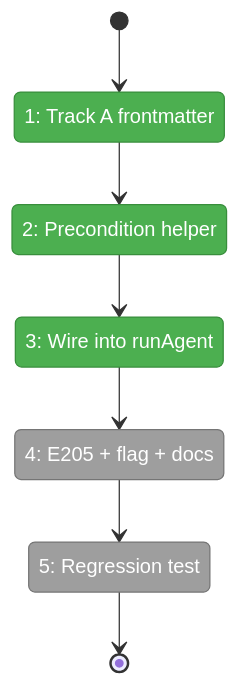
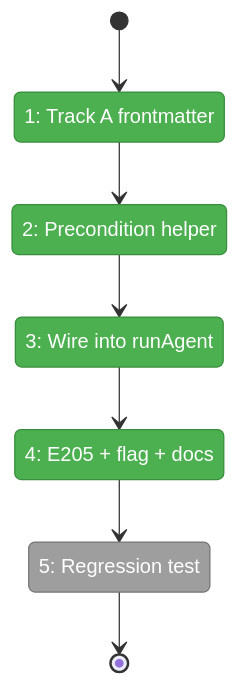
One commit to AI-Substrate/minih changed the first of 2 diagrams in docs/plans/018-agent-permissions/fixes/FX008-coordination-write-precondition.fltplan.md. Above: the diagram before and after it, drawn with Mermaid. The commit also changed other lines of this file and 6 other files, not shown here.

````diff
--- a/docs/plans/018-agent-permissions/fixes/FX008-coordination-write-precondition.fltplan.md
+++ b/docs/plans/018-agent-permissions/fixes/FX008-coordination-write-precondition.fltplan.md
@@ -40,23 +40,23 @@
 ```mermaid
 stateDiagram-v2
     classDef pending fill:#9E9E9E,stroke:#757575,color:#fff
     classDef active fill:#FFC107,stroke:#FFA000,color:#000
     classDef done fill:#4CAF50,stroke:#388E3C,color:#fff
     classDef blocked fill:#F44336,stroke:#D32F2F,color:#fff
 
     state "1: Track A frontmatter" as S1
     state "2: Precondition helper" as S2
     state "3: Wire into runAgent" as S3
     state "4: E205 + flag + docs" as S4
     state "5: Regression test" as S5
 
     [*] --> S1
     S1 --> S2
     S2 --> S3
     S3 --> S4
     S4 --> S5
     S5 --> [*]
 
-    class S4,S5 pending
-    class S1,S2,S3 done
+    class S5 pending
+    class S1,S2,S3,S4 done
 ```
````
